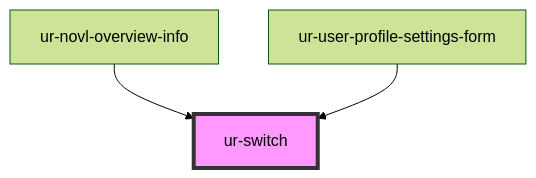
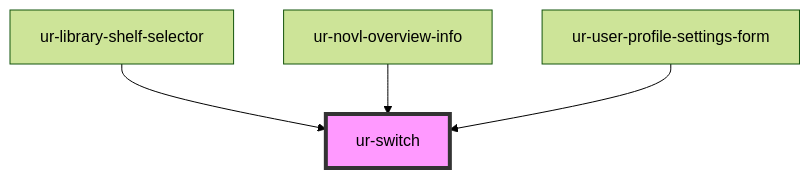
The diagram in src/components/ur-switch/readme.md (hellish/urnovl-web-components), drawn with Mermaid (forest theme) before and after one commit. The commit also changed other lines of this file and 4 other files, not shown here.

````diff
--- a/src/components/ur-switch/readme.md
+++ b/src/components/ur-switch/readme.md
@@ -33,6 +34,7 @@
 ```mermaid
 graph TD;
+  ur-library-shelf-selector --> ur-switch
   ur-novl-overview-info --> ur-switch
   ur-user-profile-settings-form --> ur-switch
   style ur-switch fill:#f9f,stroke:#333,stroke-width:4px
 ```
````
